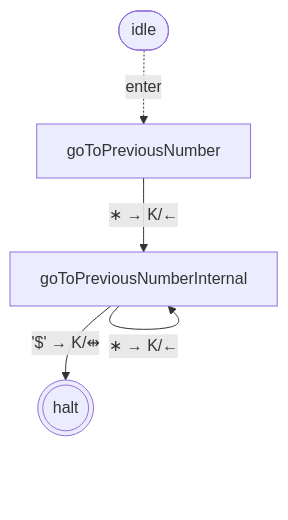
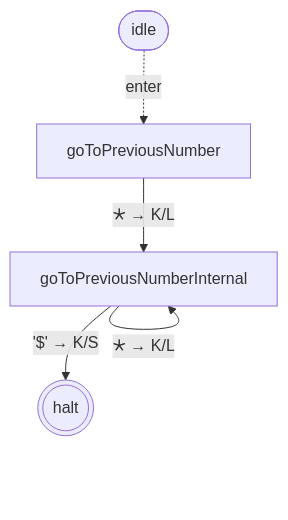
The third of 10 diagrams in packages/library-binary-numbers/states.md (mellonis/turing-machine-js), drawn with Mermaid before and after one commit. The commit also changed other lines of this file and 14 other files, not shown here.

First line of the commit message:
polish(emit + docs): readable vocabulary, removed hand-drawn diagrams, dogfooded `summarize`

````diff
--- a/packages/library-binary-numbers/states.md
+++ b/packages/library-binary-numbers/states.md
@@ -39,12 +39,12 @@
 ```mermaid
 flowchart TD
 %% alphabets: [[" ","^","$","0","1"]]
   s0(((halt)))
   s3["goToPreviousNumberInternal"]
   s4["goToPreviousNumber"]
   idle([idle])
   idle -. enter .-> s4
-  s3 -- "'$' → K/⇹" --> s0
-  s3 -- "∗ → K/←" --> s3
-  s4 -- "∗ → K/←" --> s3
+  s3 -- "'$' → K/S" --> s0
+  s3 -- "🞰 → K/L" --> s3
+  s4 -- "🞰 → K/L" --> s3
 ```
````
